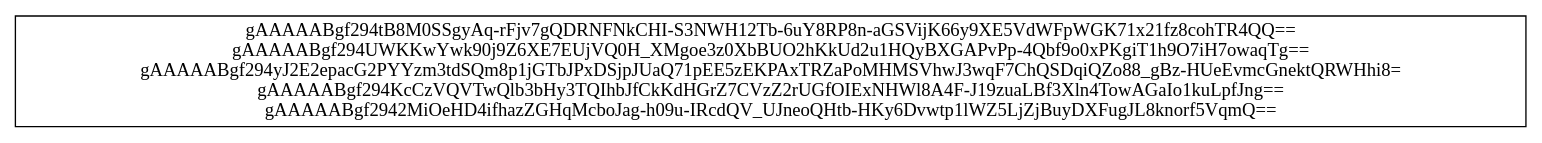
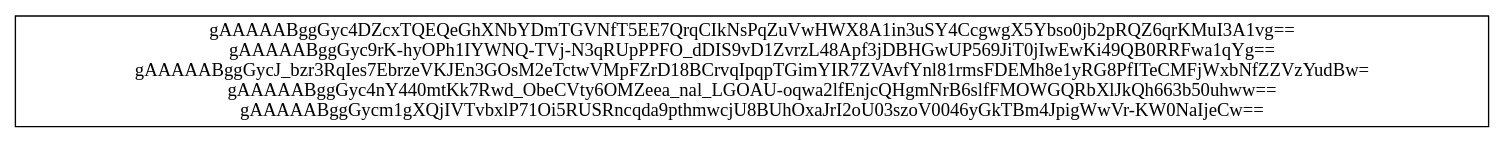
One commit to Villa01/EDD_VirtualMall_201900907 changed the diagram in Backend/reportesDot/ArbolBEncriptado.dot. Above: the diagram before and after it, drawn with Graphviz. The commit also changed 9 other files, not shown here.

```diff
--- a/Backend/reportesDot/ArbolBEncriptado.dot
+++ b/Backend/reportesDot/ArbolBEncriptado.dot
@@ -1,5 +1,5 @@
 digraph grafo { 
 	node[shape="record"]
-nodo1234567890101[label = "gAAAAABgf294tB8M0SSgyAq-rFjv7gQDRNFNkCHI-S3NWH12Tb-6uY8RP8n-aGSVijK66y9XE5VdWFpWGK71x21fz8cohTR4QQ==\ngAAAAABgf294UWKKwYwk90j9Z6XE7EUjVQ0H_XMgoe3z0XbBUO2hKkUd2u1HQyBXGAPvPp-4Qbf9o0xPKgiT1h9O7iH7owaqTg==\ngAAAAABgf294yJ2E2epacG2PYYzm3tdSQm8p1jGTbJPxDSjpJUaQ71pEE5zEKPAxTRZaPoMHMSVhwJ3wqF7ChQSDqiQZo88_gBz-HUeEvmcGnektQRWHhi8=\ngAAAAABgf294KcCzVQVTwQlb3bHy3TQIhbJfCkKdHGrZ7CVzZ2rUGfOIExNHWl8A4F-J19zuaLBf3Xln4TowAGaIo1kuLpfJng==\ngAAAAABgf2942MiOeHD4ifhazZGHqMcboJag-h09u-IRcdQV_UJneoQHtb-HKy6Dvwtp1lWZ5LjZjBuyDXFugJL8knorf5VqmQ=="];
+nodo1234567890101[label = "gAAAAABggGyc4DZcxTQEQeGhXNbYDmTGVNfT5EE7QrqCIkNsPqZuVwHWX8A1in3uSY4CcgwgX5Ybso0jb2pRQZ6qrKMuI3A1vg==\ngAAAAABggGyc9rK-hyOPh1IYWNQ-TVj-N3qRUpPPFO_dDIS9vD1ZvrzL48Apf3jDBHGwUP569JiT0jIwEwKi49QB0RRFwa1qYg==\ngAAAAABggGycJ_bzr3RqIes7EbrzeVKJEn3GOsM2eTctwVMpFZrD18BCrvqIpqpTGimYIR7ZVAvfYnl81rmsFDEMh8e1yRG8PfITeCMFjWxbNfZZVzYudBw=\ngAAAAABggGyc4nY440mtKk7Rwd_ObeCVty6OMZeea_nal_LGOAU-oqwa2lfEnjcQHgmNrB6slfFMOWGQRbXlJkQh663b50uhww==\ngAAAAABggGycm1gXQjIVTvbxlP71Oi5RUSRncqda9pthmwcjU8BUhOxaJrI2oU03szoV0046yGkTBm4JpigWwVr-KW0NaIjeCw=="];
 
 }
```
